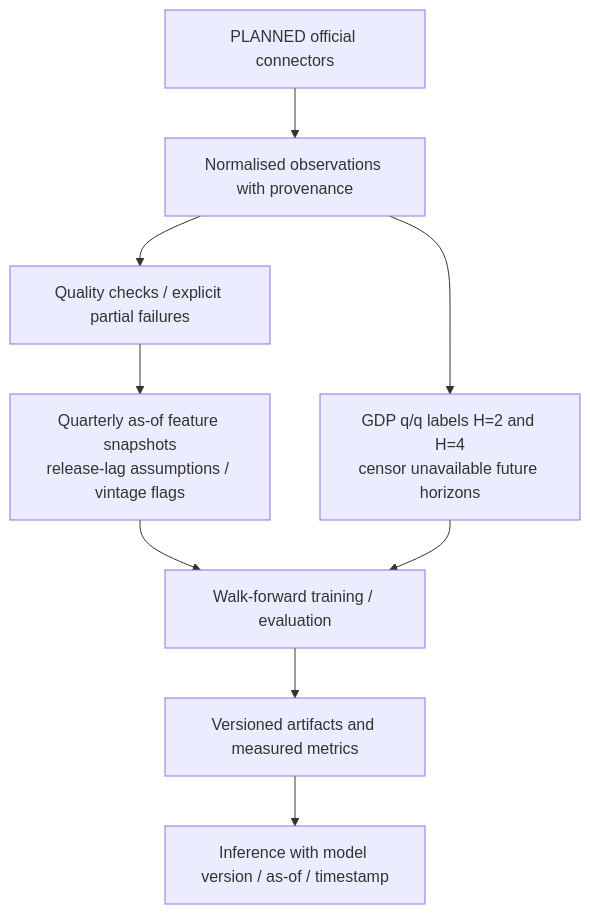
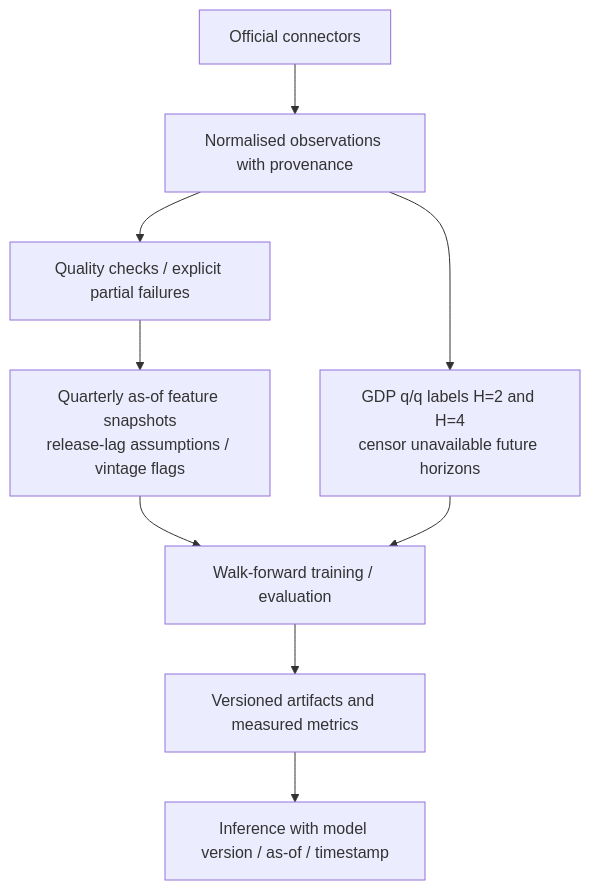
The third of 3 diagrams in docs/ARCHITECTURE.md (tabwwwq/MacroPulseAI), drawn with Mermaid before and after one commit. The commit also changed other lines of this file and 62 other files, not shown here.

````diff
--- a/docs/ARCHITECTURE.md
+++ b/docs/ARCHITECTURE.md
@@ -150,11 +152,11 @@
 ```mermaid
 flowchart TD
-  C[PLANNED official connectors] --> O[Normalised observations with provenance]
+  C[Official connectors] --> O[Normalised observations with provenance]
   O --> Q[Quality checks / explicit partial failures]
   Q --> F[Quarterly as-of feature snapshots\nrelease-lag assumptions / vintage flags]
   O --> L[GDP q/q labels H=2 and H=4\ncensor unavailable future horizons]
   F --> T[Walk-forward training / evaluation]
   L --> T
   T --> V[Versioned artifacts and measured metrics]
   V --> I[Inference with model version / as-of / timestamp]
 ```
````
